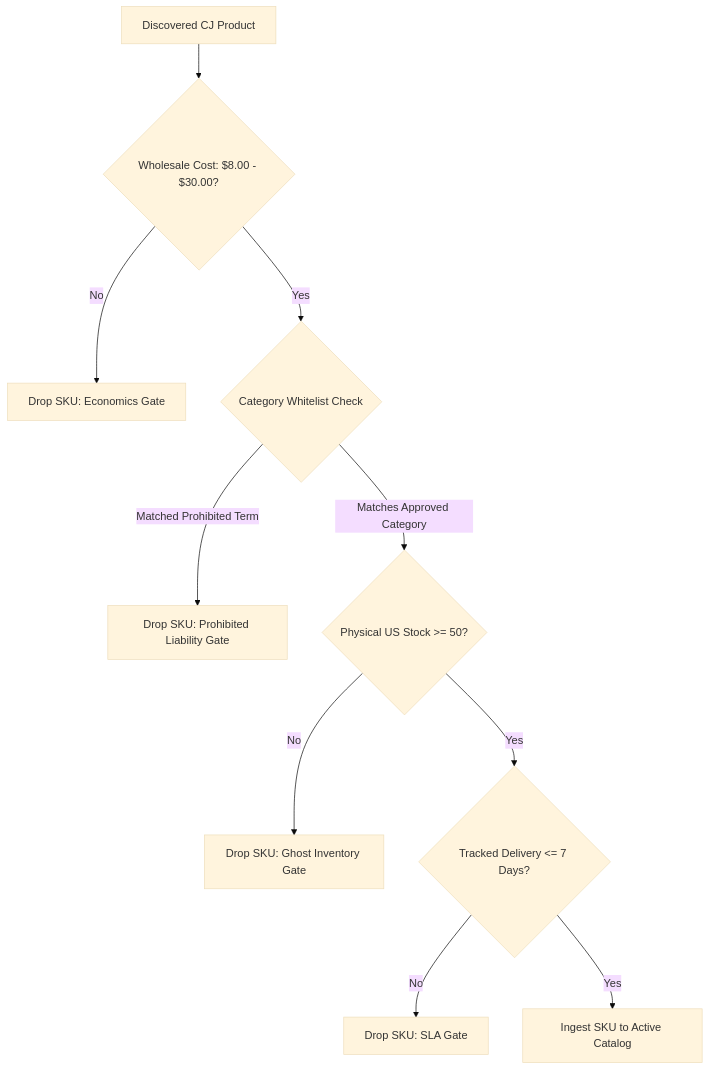
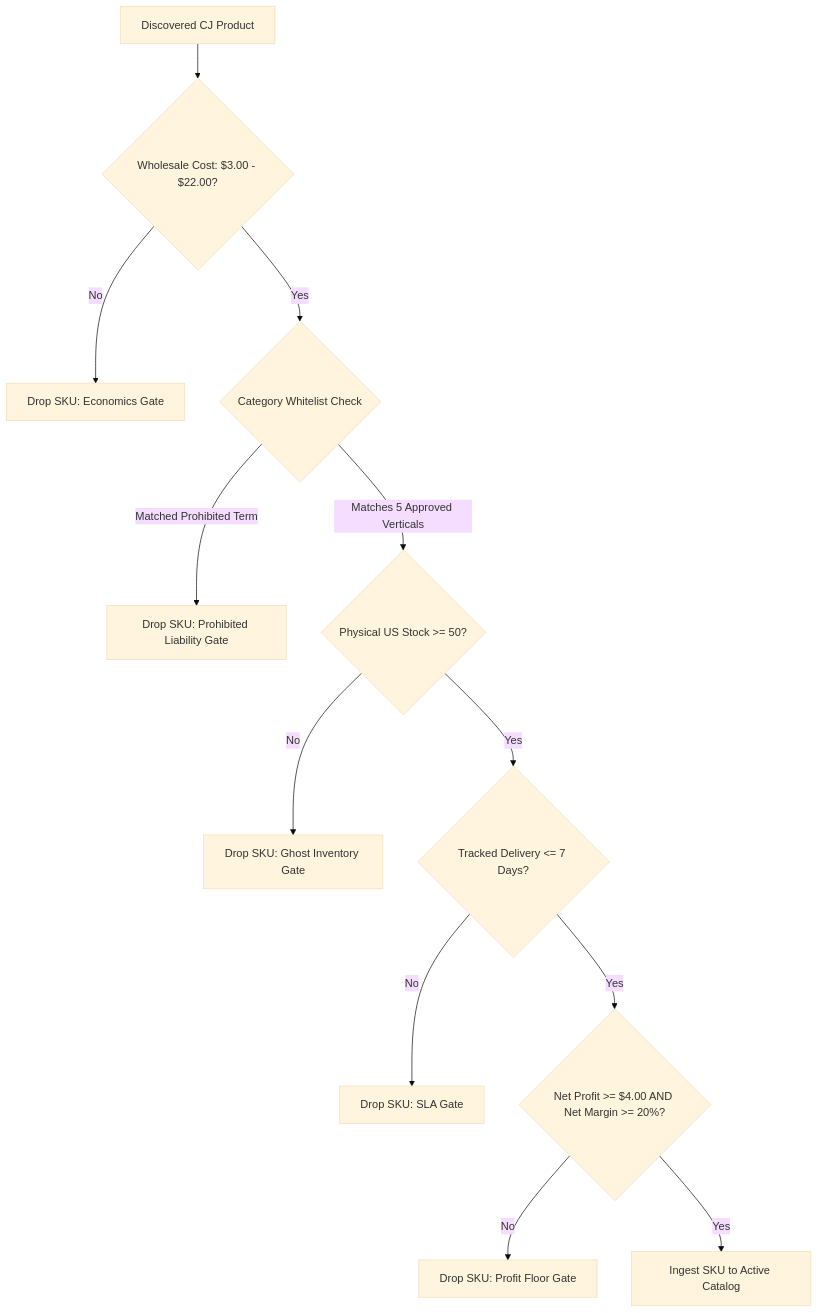
One commit to mohanreddybodha/dropshipping-store changed the first of 2 diagrams in docs/01_PRD.md. Above: the diagram before and after it, drawn with Mermaid (base theme). The commit also changed other lines of this file and 14 other files, not shown here.

First line of the commit message:
feat(catalog): dynamic homepage rotation, category affinity scoring, and CJ catalog expansion

````diff
--- a/docs/01_PRD.md
+++ b/docs/01_PRD.md
@@ -74,12 +77,14 @@
 ```mermaid
 flowchart TD
-    A[Discovered CJ Product] --> B{Wholesale Cost: $8.00 - $30.00?}
+    A[Discovered CJ Product] --> B{Wholesale Cost: $3.00 - $22.00?}
     B -- No --> X[Drop SKU: Economics Gate]
     B -- Yes --> C{Category Whitelist Check}
     C -- Matched Prohibited Term --> Y[Drop SKU: Prohibited Liability Gate]
-    C -- Matches Approved Category --> D{Physical US Stock >= 50?}
+    C -- Matches 5 Approved Verticals --> D{Physical US Stock >= 50?}
     D -- No --> Z[Drop SKU: Ghost Inventory Gate]
     D -- Yes --> E{Tracked Delivery <= 7 Days?}
     E -- No --> W[Drop SKU: SLA Gate]
-    E -- Yes --> F[Ingest SKU to Active Catalog]
+    E -- Yes --> G{Net Profit >= $4.00 AND Net Margin >= 20%?}
+    G -- No --> V[Drop SKU: Profit Floor Gate]
+    G -- Yes --> F[Ingest SKU to Active Catalog]
 ```
````
